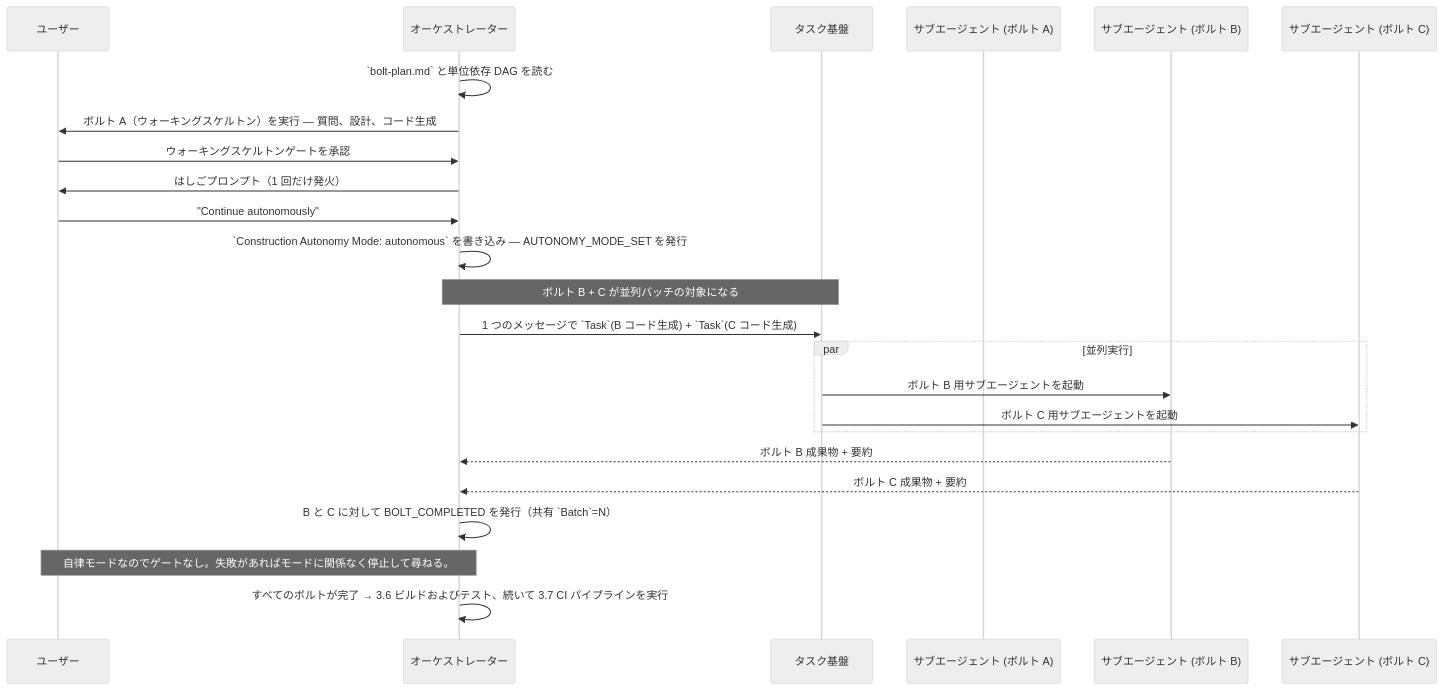
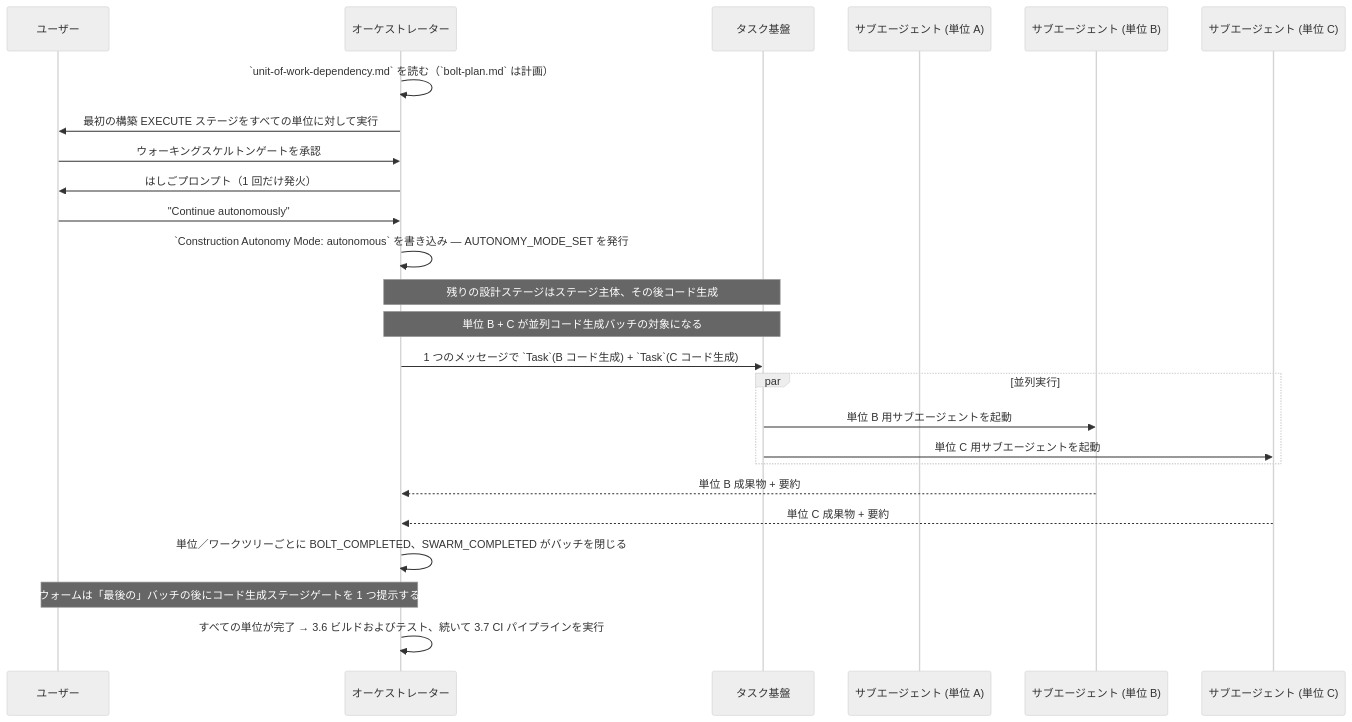
The third of 4 diagrams in docs/reference/ja/03-orchestrator.md (otomatty/aidlc-guide), drawn with Mermaid (neutral theme) before and after one commit. The commit also changed other lines of this file and 103 other files, not shown here.

````diff
--- a/docs/reference/ja/03-orchestrator.md
+++ b/docs/reference/ja/03-orchestrator.md
@@ -447,29 +446,30 @@
 ```mermaid
 sequenceDiagram
     participant U as ユーザー
     participant O as オーケストレーター
     participant T as タスク基盤
-    participant BA as サブエージェント (ボルト A)
-    participant BB as サブエージェント (ボルト B)
-    participant BC as サブエージェント (ボルト C)
+    participant UA as サブエージェント (単位 A)
+    participant UB as サブエージェント (単位 B)
+    participant UC as サブエージェント (単位 C)
 
-    O->>O: `bolt-plan.md` と単位依存 DAG を読む
-    O->>U: ボルト A（ウォーキングスケルトン）を実行 — 質問、設計、コード生成
+    O->>O: `unit-of-work-dependency.md` を読む（`bolt-plan.md` は計画）
+    O->>U: 最初の構築 EXECUTE ステージをすべての単位に対して実行
     U->>O: ウォーキングスケルトンゲートを承認
     O->>U: はしごプロンプト（1 回だけ発火）
     U->>O: "Continue autonomously"
     O->>O: `Construction Autonomy Mode: autonomous` を書き込み — AUTONOMY_MODE_SET を発行
 
-    Note over O,T: ボルト B + C が並列バッチの対象になる
+    Note over O,T: 残りの設計ステージはステージ主体、その後コード生成
+    Note over O,T: 単位 B + C が並列コード生成バッチの対象になる
     O->>T: 1 つのメッセージで `Task`(B コード生成) + `Task`(C コード生成)
     par 並列実行
-        T->>BB: ボルト B 用サブエージェントを起動
-        T->>BC: ボルト C 用サブエージェントを起動
+        T->>UB: 単位 B 用サブエージェントを起動
+        T->>UC: 単位 C 用サブエージェントを起動
     end
-    BB-->>O: ボルト B 成果物 + 要約
-    BC-->>O: ボルト C 成果物 + 要約
-    O->>O: B と C に対して BOLT_COMPLETED を発行（共有 `Batch`=N）
-    Note over O,U: 自律モードなのでゲートなし。失敗があればモードに関係なく停止して尋ねる。
+    UB-->>O: 単位 B 成果物 + 要約
+    UC-->>O: 単位 C 成果物 + 要約
+    O->>O: 単位／ワークツリーごとに BOLT_COMPLETED、SWARM_COMPLETED がバッチを閉じる
+    Note over O,U: スウォームは「最後の」バッチの後にコード生成ステージゲートを 1 つ提示する。
 
-    O->>O: すべてのボルトが完了 → 3.6 ビルドおよびテスト、続いて 3.7 CI パイプラインを実行
+    O->>O: すべての単位が完了 → 3.6 ビルドおよびテスト、続いて 3.7 CI パイプラインを実行
 ```
````
